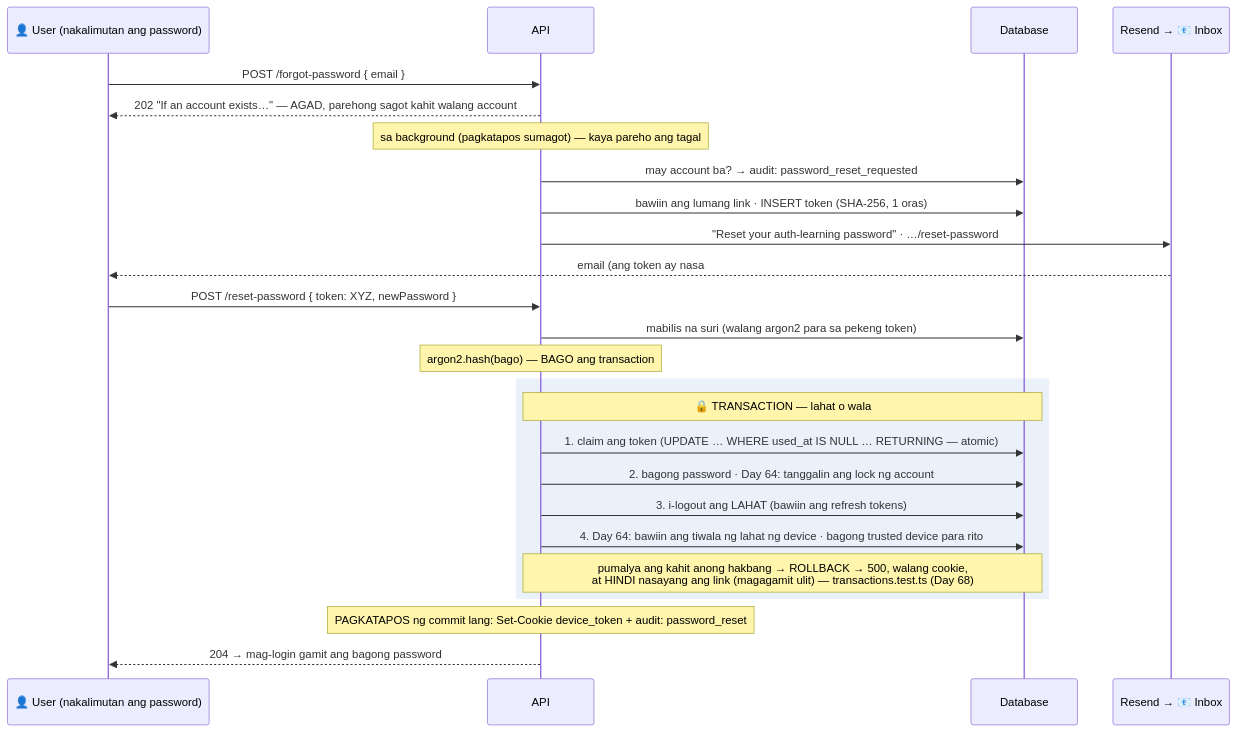
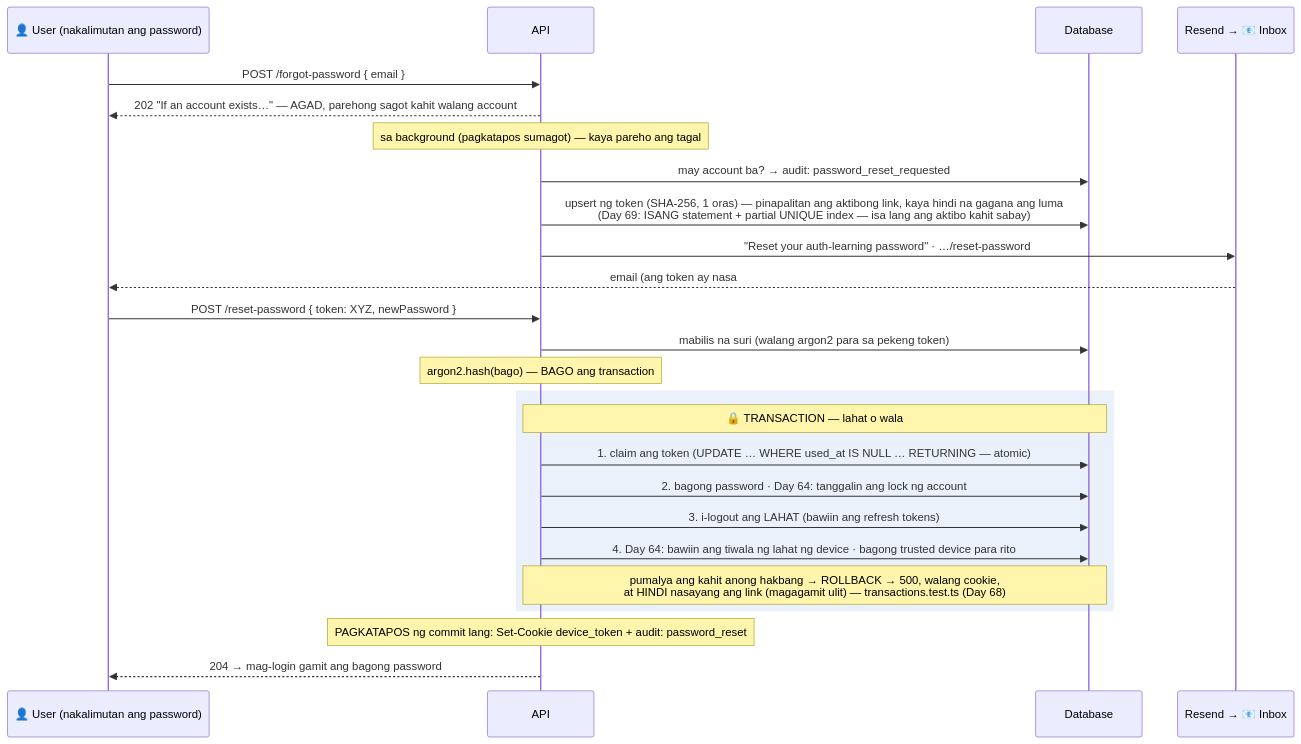
Before and after one commit to nelson1869-ai/auth-learning: the diagram in docs/diagrams/18-password-reset.md, drawn with Mermaid. The commit also changed 5 other files, not shown here.

````diff
--- a/docs/diagrams/18-password-reset.md
+++ b/docs/diagrams/18-password-reset.md
@@ -11,27 +11,27 @@
 ```mermaid
 sequenceDiagram
     participant U as 👤 User (nakalimutan ang password)
     participant A as API
     participant D as Database
     participant R as Resend → 📧 Inbox
     U->>A: POST /forgot-password { email }
     A-->>U: 202 "If an account exists…" — AGAD, parehong sagot kahit walang account
     Note over A: sa background (pagkatapos sumagot) — kaya pareho ang tagal
     A->>D: may account ba? → audit: password_reset_requested
-    A->>D: bawiin ang lumang link · INSERT token (SHA-256, 1 oras)
+    A->>D: upsert ng token (SHA-256, 1 oras) — pinapalitan ang aktibong link, kaya hindi na gagana ang luma<br/>(Day 69: ISANG statement + partial UNIQUE index — isa lang ang aktibo kahit sabay)
     A->>R: "Reset your auth-learning password" · …/reset-password#token=XYZ
     R-->>U: email (ang token ay nasa #fragment — hindi napupunta sa kahit anong server)
     U->>A: POST /reset-password { token: XYZ, newPassword }
     A->>D: mabilis na suri (walang argon2 para sa pekeng token)
     Note over A: argon2.hash(bago) — BAGO ang transaction
     rect rgba(80,140,220,0.12)
     Note over A,D: 🔒 TRANSACTION — lahat o wala
     A->>D: 1. claim ang token (UPDATE … WHERE used_at IS NULL … RETURNING — atomic)
     A->>D: 2. bagong password · Day 64: tanggalin ang lock ng account
     A->>D: 3. i-logout ang LAHAT (bawiin ang refresh tokens)
     A->>D: 4. Day 64: bawiin ang tiwala ng lahat ng device · bagong trusted device para rito
     Note over A,D: pumalya ang kahit anong hakbang → ROLLBACK → 500, walang cookie,<br/>at HINDI nasayang ang link (magagamit ulit) — transactions.test.ts (Day 68)
     end
     Note over A: PAGKATAPOS ng commit lang: Set-Cookie device_token + audit: password_reset
     A-->>U: 204 → mag-login gamit ang bagong password
 ```
````
